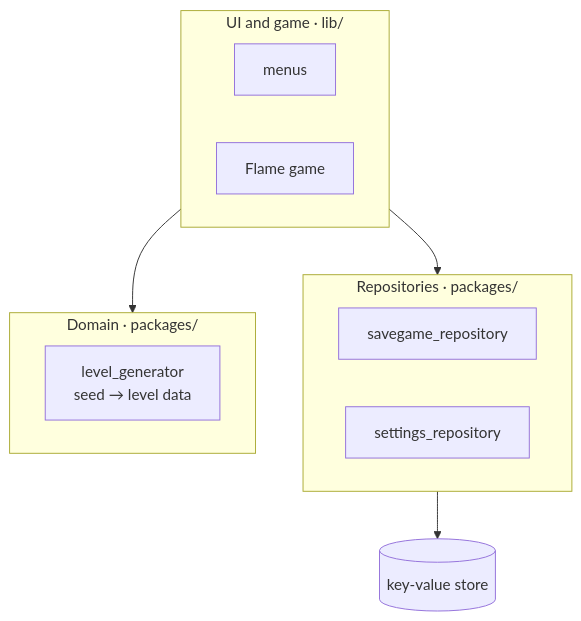
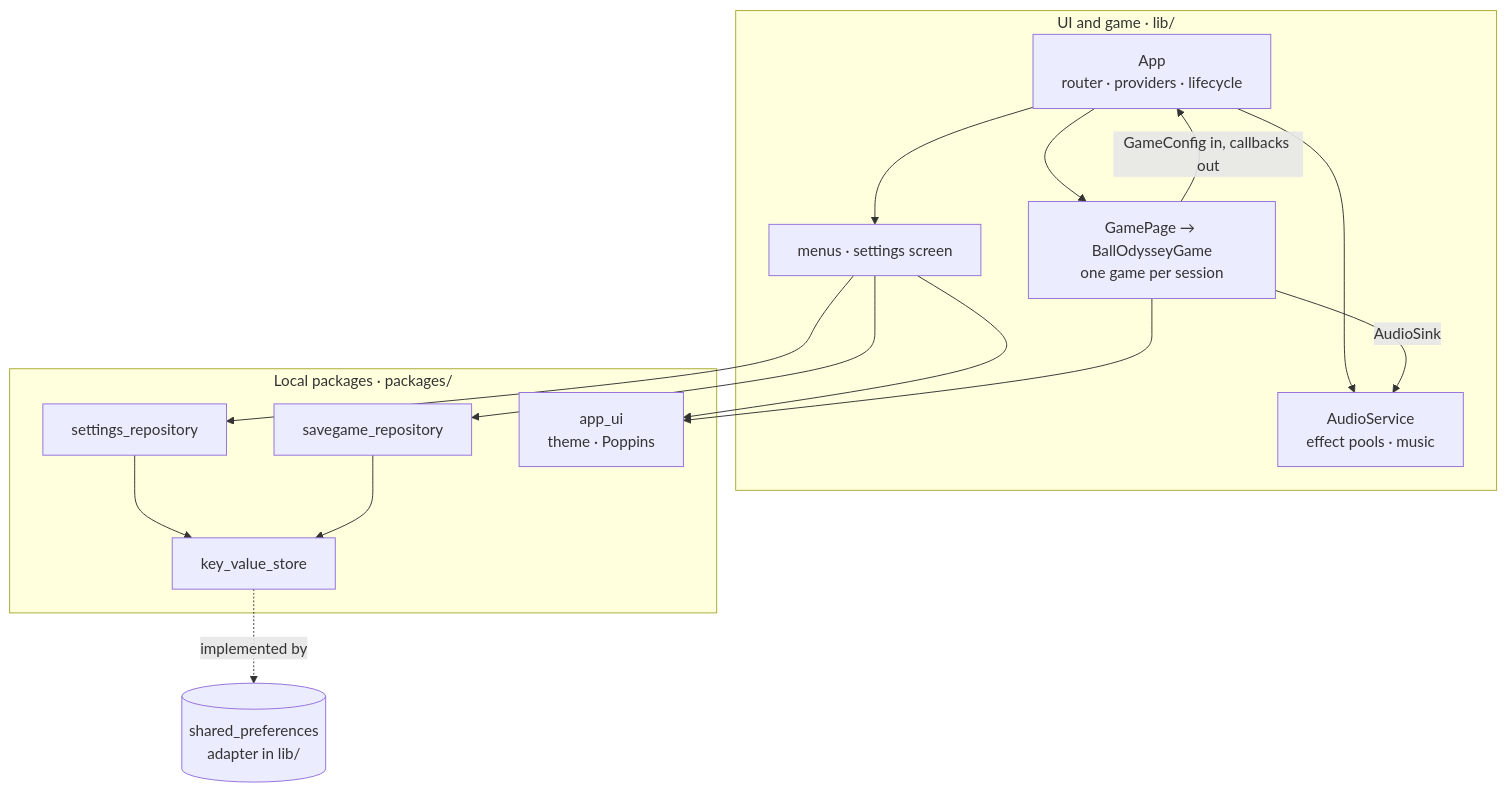
Before and after one commit to grojof/puzzle_ball_gklabs: the diagram in docs/architecture.md, drawn with Mermaid. The commit also changed other lines of this file and 128 other files, not shown here.

First line of the commit message:
feat: rebuild game runtime, audio and settings (#2)

````diff
--- a/docs/architecture.md
+++ b/docs/architecture.md
@@ -64,15 +16,23 @@
 ```mermaid
 flowchart TB
   subgraph UI["UI and game · lib/"]
-    MENU["menus"] & GAME["Flame game"]
+    APP["App<br/>router · providers · lifecycle"]
+    MENUS["menus · settings screen"]
+    GAME["GamePage → BallOdysseyGame<br/>one game per session"]
+    AUDIO["AudioService<br/>effect pools · music"]
   end
-  subgraph REPO["Repositories · packages/"]
-    SAVE["savegame_repository"] & SET["settings_repository"]
+  subgraph PKG["Local packages · packages/"]
+    SET["settings_repository"]
+    SAVE["savegame_repository"]
+    KV["key_value_store"]
+    UI_PKG["app_ui<br/>theme · Poppins"]
   end
-  subgraph DOMAIN["Domain · packages/"]
-    GEN["level_generator<br/>seed → level data"]
-  end
-  UI --> REPO
-  UI --> DOMAIN
-  REPO --> KV[("key-value store")]
+  SP[("shared_preferences<br/>adapter in lib/")]
+  APP --> MENUS & GAME & AUDIO
+  MENUS --> SET & SAVE
+  GAME -- "GameConfig in, callbacks out" --> APP
+  GAME -- "AudioSink" --> AUDIO
+  SET & SAVE --> KV
+  KV -. implemented by .-> SP
+  MENUS & GAME --> UI_PKG
 ```
````
